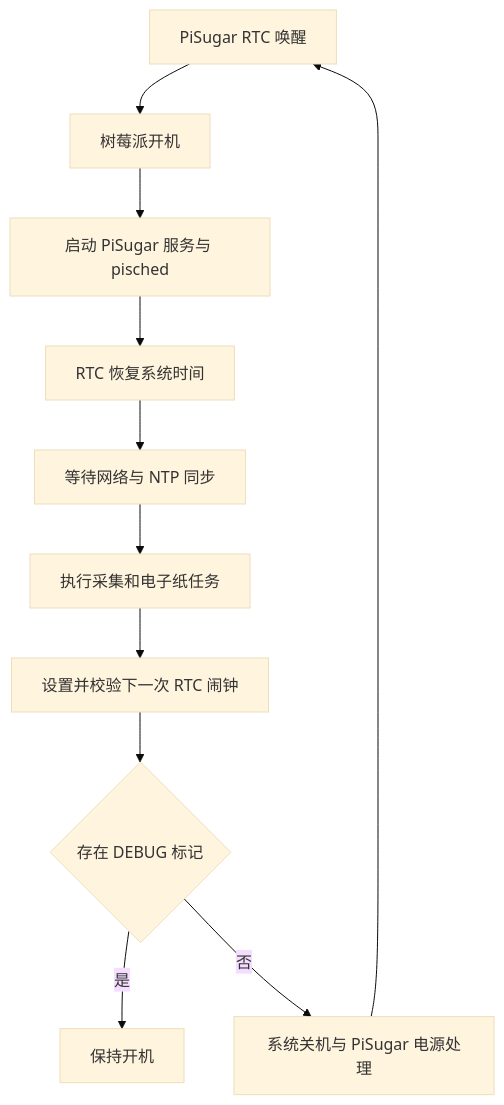
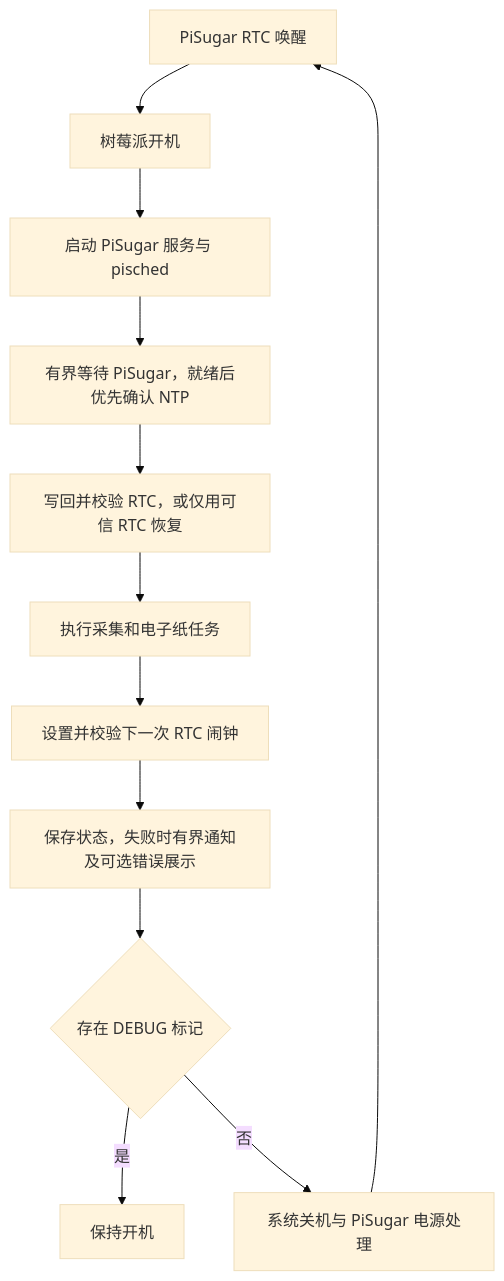
The diagram in docs/architecture.md (Lianting-Wang/paperwake), drawn with Mermaid (base theme) before and after one commit. The commit also changed other lines of this file and 34 other files, not shown here.

````diff
--- a/docs/architecture.md
+++ b/docs/architecture.md
@@ -7,13 +7,14 @@
 ```mermaid
 flowchart TD
     A[PiSugar RTC 唤醒] --> B[树莓派开机]
     B --> C[启动 PiSugar 服务与 pisched]
-    C --> D[RTC 恢复系统时间]
-    D --> E[等待网络与 NTP 同步]
+    C --> D[有界等待 PiSugar，就绪后优先确认 NTP]
+    D --> E[写回并校验 RTC，或仅用可信 RTC 恢复]
     E --> F[执行采集和电子纸任务]
     F --> G[设置并校验下一次 RTC 闹钟]
-    G --> H{存在 DEBUG 标记}
+    G --> K[保存状态，失败时有界通知及可选错误展示]
+    K --> H{存在 DEBUG 标记}
     H -->|是| I[保持开机]
     H -->|否| J[系统关机与 PiSugar 电源处理]
     J --> A
 ```
````
